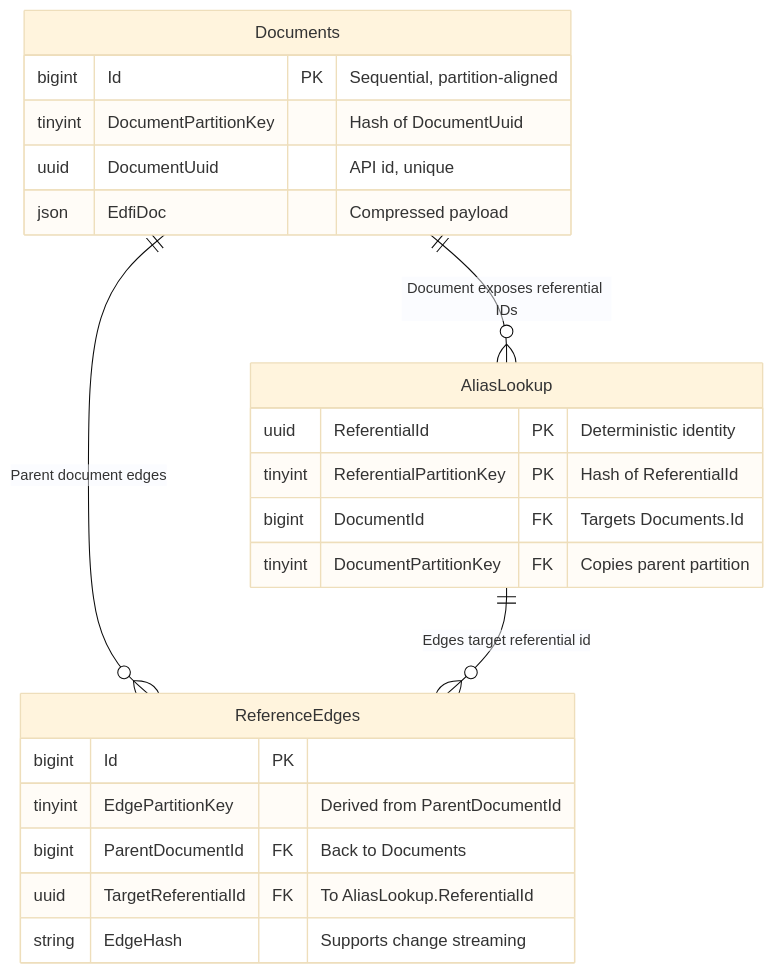
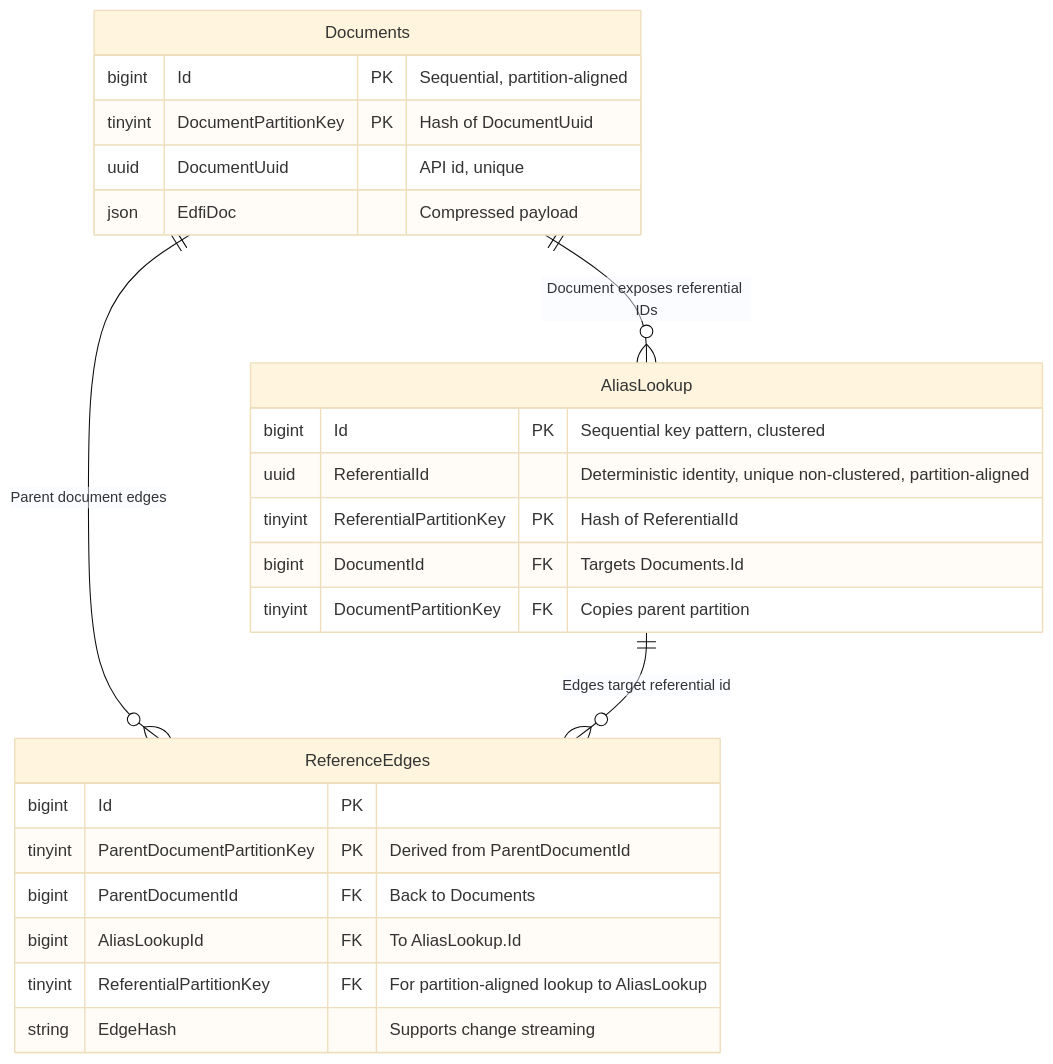
One commit to Ed-Fi-Alliance-OSS/Project-Tanager changed the third of 5 diagrams in docs/DMS/PRIMARY-DATA-STORAGE/README.md. Above: the diagram before and after it, drawn with Mermaid (base theme). The commit also changed other lines of this file, not shown here.

Commit message:
Refine Partitioned Doc Store design to address review feedback

````diff
--- a/docs/DMS/PRIMARY-DATA-STORAGE/README.md
+++ b/docs/DMS/PRIMARY-DATA-STORAGE/README.md
@@ -393,25 +393,27 @@
 ```mermaid
 erDiagram
   Documents ||--o{ AliasLookup : "Document exposes referential IDs"
   Documents ||--o{ ReferenceEdges : "Parent document edges"
   AliasLookup ||--o{ ReferenceEdges : "Edges target referential id"
   Documents {
     bigint Id PK "Sequential, partition-aligned"
-    tinyint DocumentPartitionKey "Hash of DocumentUuid"
+    tinyint DocumentPartitionKey PK "Hash of DocumentUuid"
     uuid DocumentUuid "API id, unique"
     json EdfiDoc "Compressed payload"
   }
   AliasLookup {
-    uuid ReferentialId PK "Deterministic identity"
+    bigint Id PK "Sequential key pattern, clustered"
+    uuid ReferentialId "Deterministic identity, unique non-clustered, partition-aligned"
     tinyint ReferentialPartitionKey PK "Hash of ReferentialId"
     bigint DocumentId FK "Targets Documents.Id"
     tinyint DocumentPartitionKey FK "Copies parent partition"
   }
   ReferenceEdges {
     bigint Id PK
-    tinyint EdgePartitionKey "Derived from ParentDocumentId"
+    tinyint ParentDocumentPartitionKey PK "Derived from ParentDocumentId"
     bigint ParentDocumentId FK "Back to Documents"
-    uuid TargetReferentialId FK "To AliasLookup.ReferentialId"
+    bigint AliasLookupId FK "To AliasLookup.Id"
+    tinyint ReferentialPartitionKey FK "For partition-aligned lookup to AliasLookup"
     string EdgeHash "Supports change streaming"
   }
 ```
````
